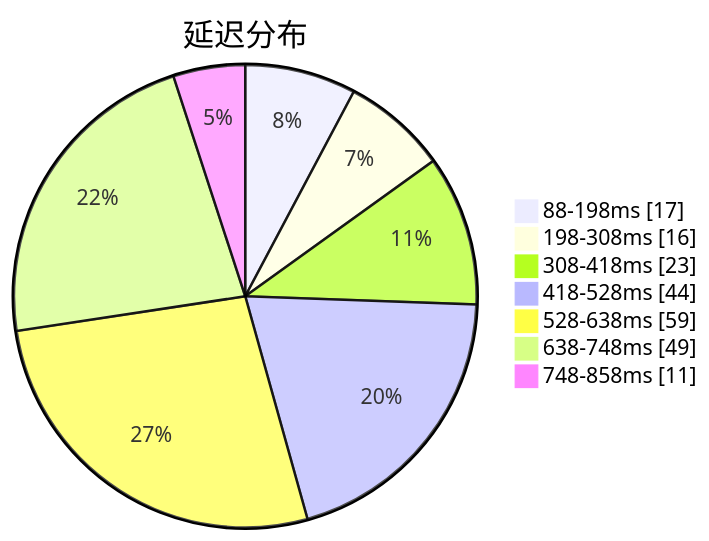
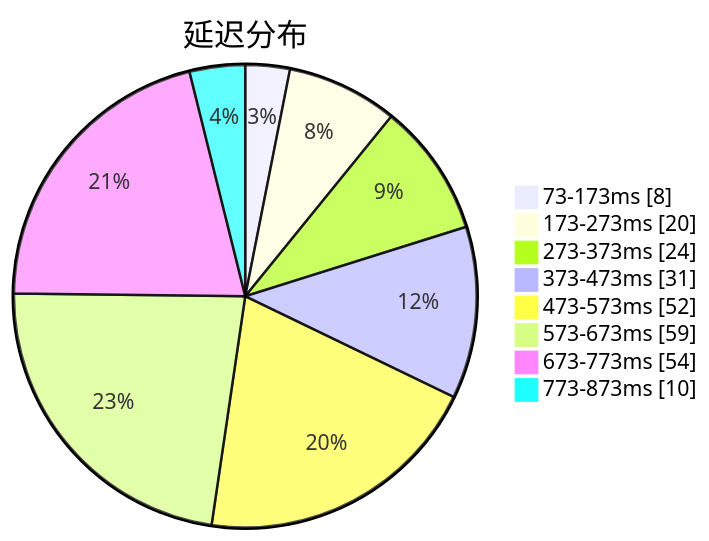
The first of 3 diagrams in subs/statistics/tested_within.md (sinspired/airport), drawn with Mermaid before and after one commit. The commit also changed other lines of this file and 2 other files, not shown here.

````diff
--- a/subs/statistics/tested_within.md
+++ b/subs/statistics/tested_within.md
@@ -2,11 +2,12 @@
 ```mermaid
 pie showData
 title 延迟分布
-"88-198ms" : 17
-"198-308ms" : 16
-"308-418ms" : 23
-"418-528ms" : 44
-"528-638ms" : 59
-"638-748ms" : 49
-"748-858ms" : 11
+"73-173ms" : 8
+"173-273ms" : 20
+"273-373ms" : 24
+"373-473ms" : 31
+"473-573ms" : 52
+"573-673ms" : 59
+"673-773ms" : 54
+"773-873ms" : 10
 ```
````
